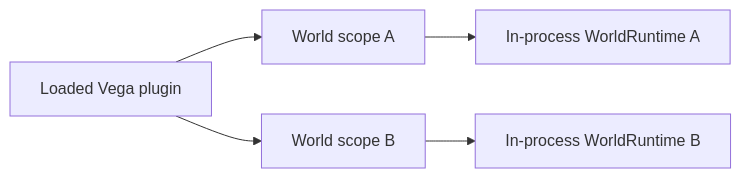
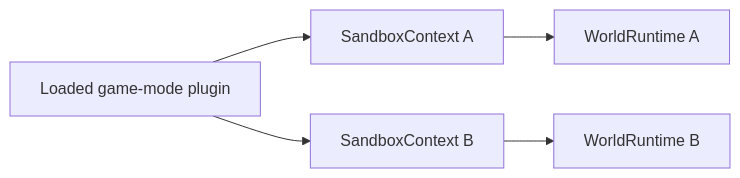
One commit to VegaKernel/TerraRuntime changed the fifth of 8 diagrams in docs/en/sandbox/vega-integration.md. Above: the diagram before and after it, drawn with Mermaid. The commit also changed other lines of this file and 3 other files, not shown here.

First line of the commit message:
Document Level 1 plugin and world isolation

````diff
--- a/docs/en/sandbox/vega-integration.md
+++ b/docs/en/sandbox/vega-integration.md
@@ -52,7 +92,7 @@
 ```mermaid
 flowchart LR
-    Plugin["Loaded Vega plugin"] --> ScopeA["World scope A"]
-    Plugin --> ScopeB["World scope B"]
-    ScopeA --> RuntimeA["In-process WorldRuntime A"]
-    ScopeB --> RuntimeB["In-process WorldRuntime B"]
+    Plugin["Loaded game-mode plugin"] --> ScopeA["SandboxContext A"]
+    Plugin --> ScopeB["SandboxContext B"]
+    ScopeA --> RuntimeA["WorldRuntime A"]
+    ScopeB --> RuntimeB["WorldRuntime B"]
 ```
````
